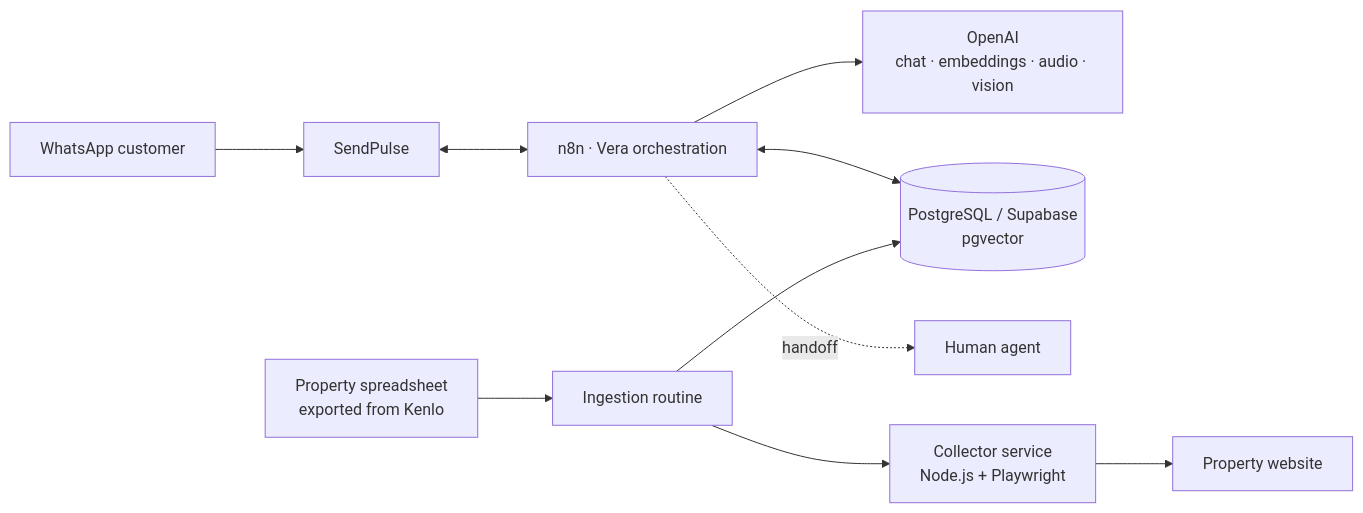
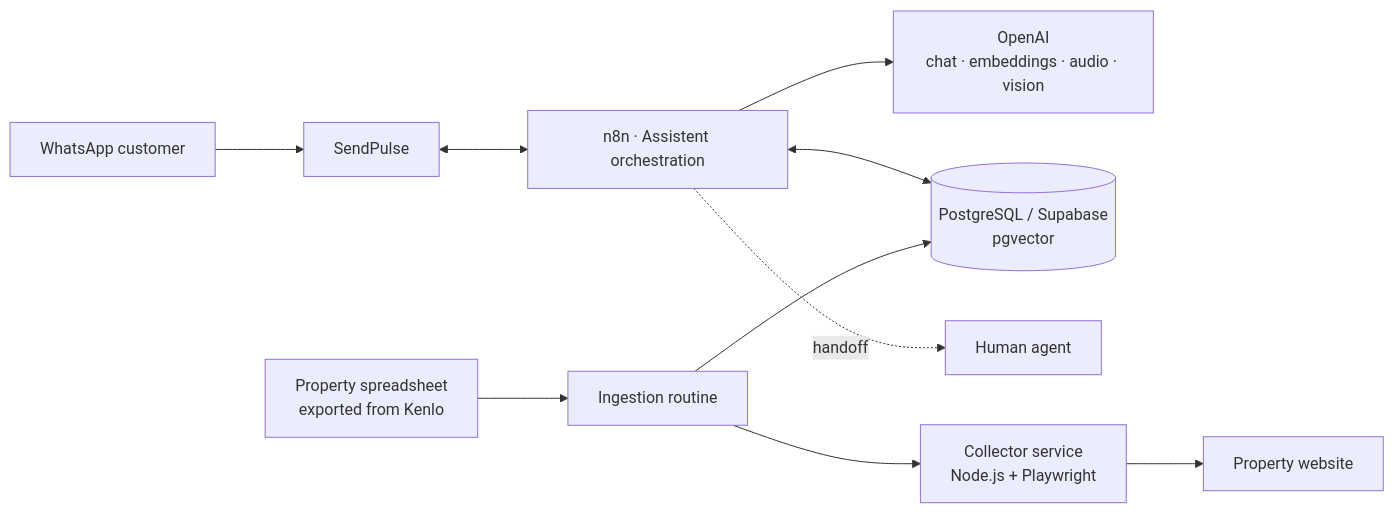
The first of 3 diagrams in README.md (JoaoVitorCarvalhoPR/real-estate-ai-chatbot), drawn with Mermaid before and after one commit. The commit also changed other lines of this file, not shown here.

Commit message:
removed references to the company and its AI assistent

````diff
--- a/README.md
+++ b/README.md
@@ -17,14 +17,14 @@
 ```mermaid
 flowchart LR
     WA[WhatsApp customer] --> SP[SendPulse]
-    SP <--> N8N[n8n · Vera orchestration]
+    SP <--> N8N[n8n · Assistent orchestration]
 
     N8N --> LLM[OpenAI\nchat · embeddings · audio · vision]
     N8N <--> DB[(PostgreSQL / Supabase\npgvector)]
     N8N -.handoff.-> HUM[Human agent]
 
     SHEET[Property spreadsheet\nexported from Kenlo] --> ING[Ingestion routine]
     ING --> COL[Collector service\nNode.js + Playwright]
     COL --> SITE[Property website]
     ING --> DB
 ```
````
